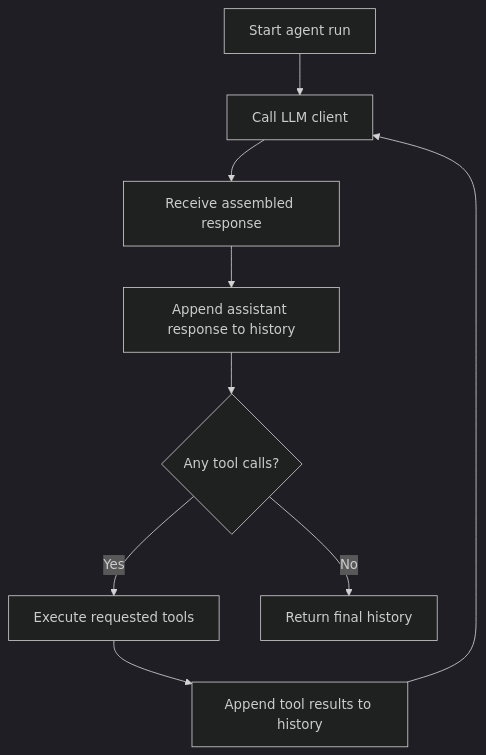
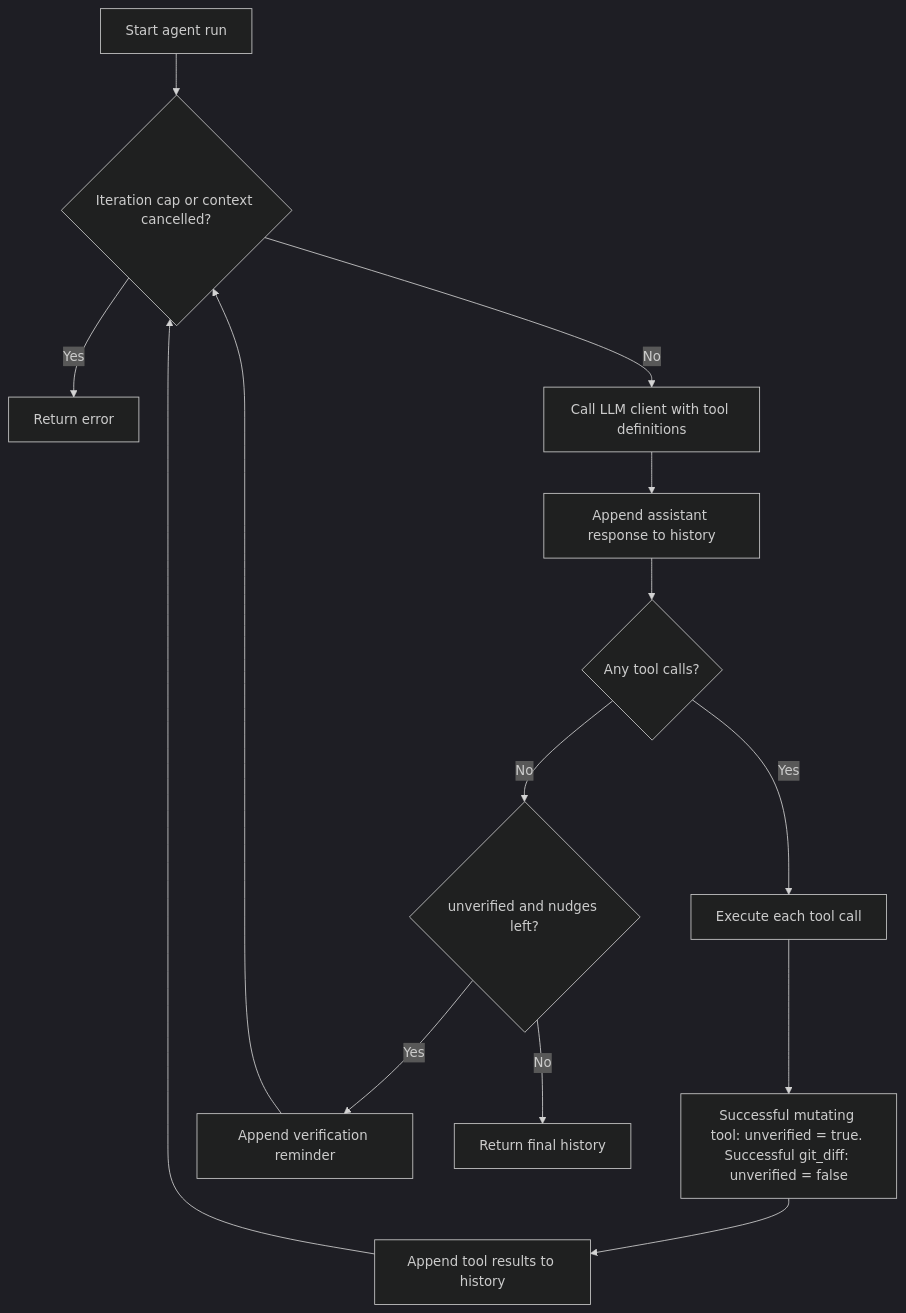
The second of 2 diagrams in docs/architecture.md (Aneeshie/code), drawn with Mermaid (dark theme) before and after one commit. The commit also changed other lines of this file and 3 other files, not shown here.

First line of the commit message:
docs: document tools, architecture decisions and change history

````diff
--- a/docs/architecture.md
+++ b/docs/architecture.md
@@ -199,11 +233,16 @@
 ```mermaid
 flowchart TD
-    Start["Start agent run"] --> Request["Call LLM client"]
-    Request --> Response["Receive assembled response"]
-    Response --> History["Append assistant response to history"]
+    Start["Start agent run"] --> Cap{"Iteration cap or context cancelled?"}
+    Cap -->|Yes| Err["Return error"]
+    Cap -->|No| Request["Call LLM client with tool definitions"]
+    Request --> History["Append assistant response to history"]
     History --> Check{"Any tool calls?"}
-    Check -->|Yes| Execute["Execute requested tools"]
-    Execute --> Results["Append tool results to history"]
-    Results --> Request
-    Check -->|No| Return["Return final history"]
+    Check -->|Yes| Execute["Execute each tool call"]
+    Execute --> Track["Successful mutating tool: unverified = true. Successful git_diff: unverified = false"]
+    Track --> Results["Append tool results to history"]
+    Results --> Cap
+    Check -->|No| Verify{"unverified and nudges left?"}
+    Verify -->|Yes| Nudge["Append verification reminder"]
+    Nudge --> Cap
+    Verify -->|No| Return["Return final history"]
 ```
````
